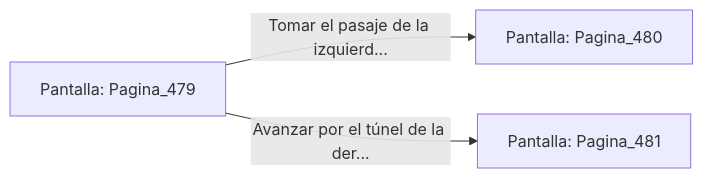
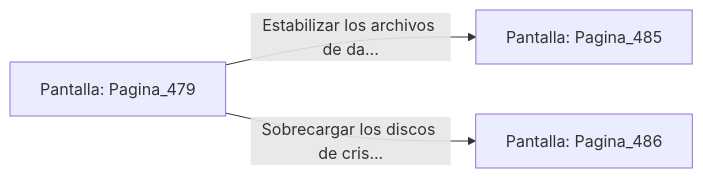
The diagram in sample/eligejuego-vault/Pantalla_Pagina_479.md (metsuke/mpl), drawn with Mermaid before and after one commit. The commit also changed other lines of this file and 635 other files, not shown here.

First line of the commit message:
fix: añadir Pagina_1 como pantalla inicial en capitulo_01.mpl

````diff
--- a/sample/eligejuego-vault/Pantalla_Pagina_479.md
+++ b/sample/eligejuego-vault/Pantalla_Pagina_479.md
@@ -20,6 +24,6 @@
 ```mermaid
 graph LR
     P_Pagina_479["Pantalla: Pagina_479"]
-    P_Pagina_479 -->|"Tomar el pasaje de la izquierd..."| P_Pagina_480["Pantalla: Pagina_480"]
-    P_Pagina_479 -->|"Avanzar por el túnel de la der..."| P_Pagina_481["Pantalla: Pagina_481"]
+    P_Pagina_479 -->|"Estabilizar los archivos de da..."| P_Pagina_485["Pantalla: Pagina_485"]
+    P_Pagina_479 -->|"Sobrecargar los discos de cris..."| P_Pagina_486["Pantalla: Pagina_486"]
 ```
````
